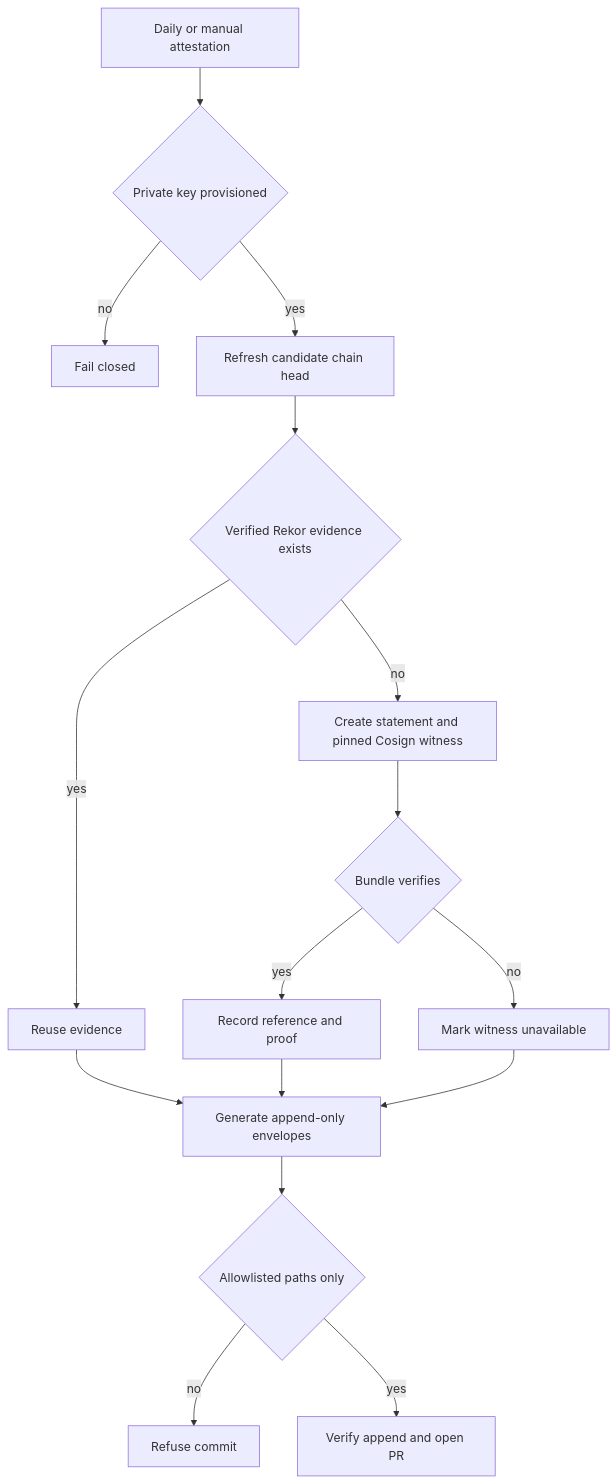
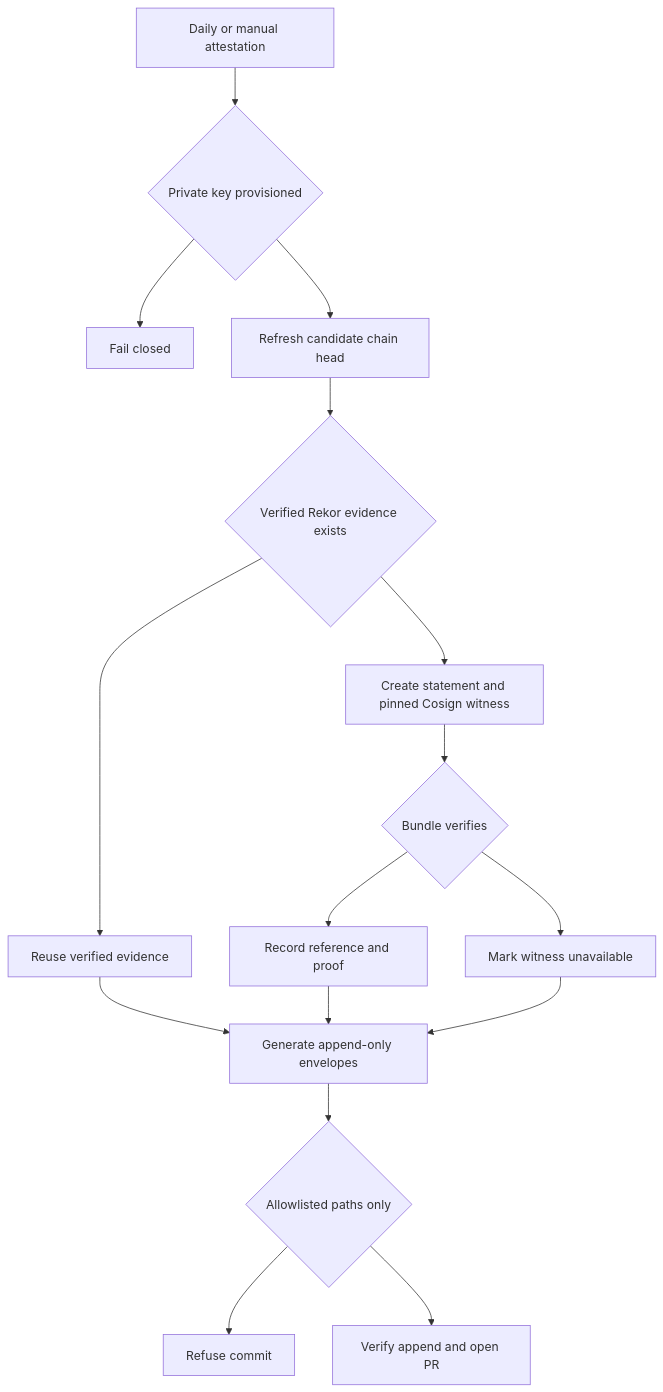
The second of 2 diagrams in openwiki/operations.md (r3dz4r/datapulse-my), drawn with Mermaid before and after one commit. The commit also changed other lines of this file and 4 other files, not shown here.

Commit message:
docs: refresh OpenWiki derivative documentation

````diff
--- a/openwiki/operations.md
+++ b/openwiki/operations.md
@@ -198,18 +170,18 @@
 ```mermaid
 flowchart TD
-    A[Daily or manual attestation] --> B{Private key provisioned}
-    B -->|no| C[Fail closed]
-    B -->|yes| D[Refresh candidate chain head]
-    D --> E{Verified Rekor evidence exists}
-    E -->|yes| F[Reuse evidence]
-    E -->|no| G[Create statement and pinned Cosign witness]
-    G --> H{Bundle verifies}
-    H -->|yes| I[Record reference and proof]
-    H -->|no| J[Mark witness unavailable]
-    F --> K[Generate append-only envelopes]
-    I --> K
-    J --> K
-    K --> L{Allowlisted paths only}
-    L -->|no| M[Refuse commit]
-    L -->|yes| N[Verify append and open PR]
+    Start[Daily or manual attestation] --> Key{Private key provisioned}
+    Key --> Fail[Fail closed]
+    Key --> Head[Refresh candidate chain head]
+    Head --> Existing{Verified Rekor evidence exists}
+    Existing --> Reuse[Reuse verified evidence]
+    Existing --> Witness[Create statement and pinned Cosign witness]
+    Witness --> Bundle{Bundle verifies}
+    Bundle --> Record[Record reference and proof]
+    Bundle --> Unavailable[Mark witness unavailable]
+    Reuse --> Envelope[Generate append-only envelopes]
+    Record --> Envelope
+    Unavailable --> Envelope
+    Envelope --> Paths{Allowlisted paths only}
+    Paths --> Refuse[Refuse commit]
+    Paths --> Append[Verify append and open PR]
 ```
````
